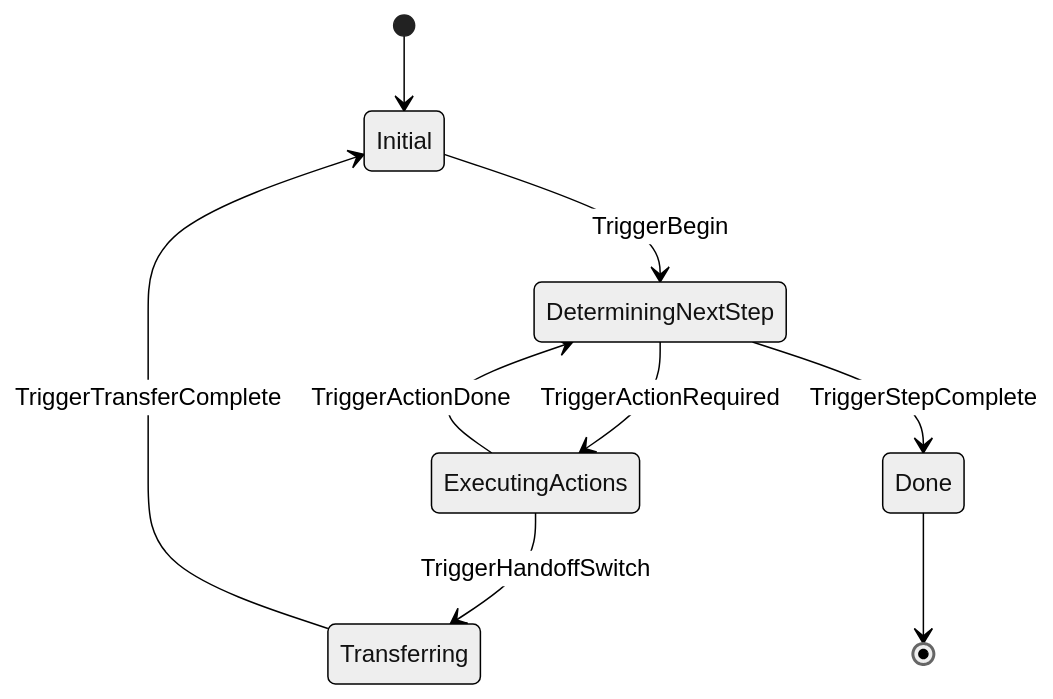
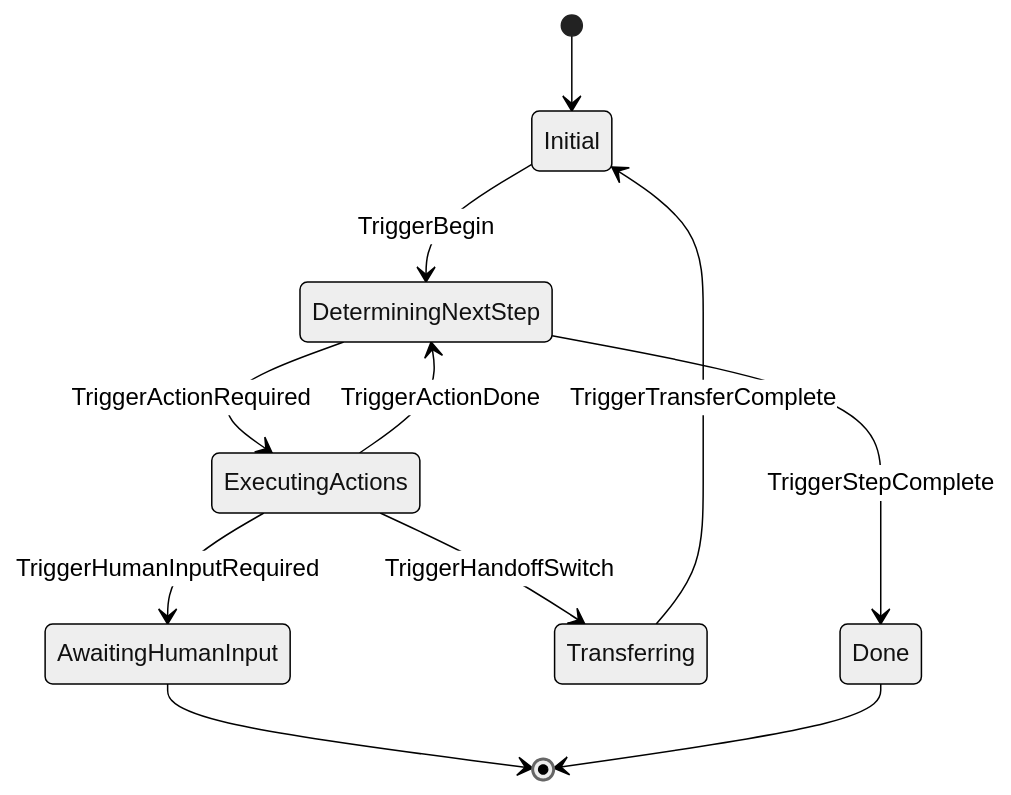
Before and after one commit to MKAPersonalOrganization/AgenticWorkflowPlatform: the diagram in services/agentorchestrator/engine/engine.md, drawn with Mermaid (neutral theme). The commit also changed 11 other files, not shown here.

Commit message:
feat: Introduce agent human input request and awaiting mechanism with UI integration.

````diff
--- a/services/agentorchestrator/engine/engine.md
+++ b/services/agentorchestrator/engine/engine.md
@@ -3,11 +3,13 @@
 ```mermaid
 stateDiagram-v2
     [*] --> Initial
     Initial --> DeterminingNextStep : TriggerBegin
     DeterminingNextStep --> ExecutingActions : TriggerActionRequired
     DeterminingNextStep --> Done : TriggerStepComplete
     ExecutingActions --> DeterminingNextStep : TriggerActionDone
     ExecutingActions --> Transferring : TriggerHandoffSwitch
+    ExecutingActions --> AwaitingHumanInput : TriggerHumanInputRequired
     Transferring --> Initial : TriggerTransferComplete
+    AwaitingHumanInput --> [*]
     Done --> [*]
 ```
````
